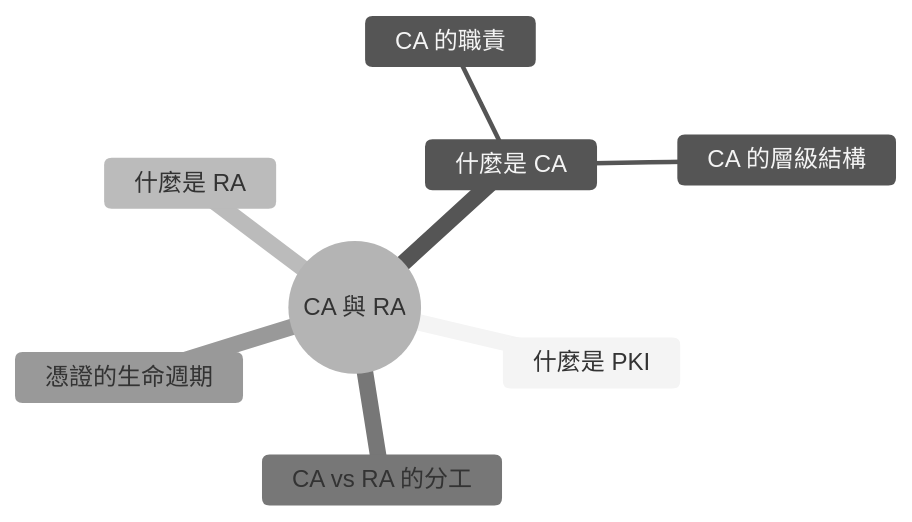
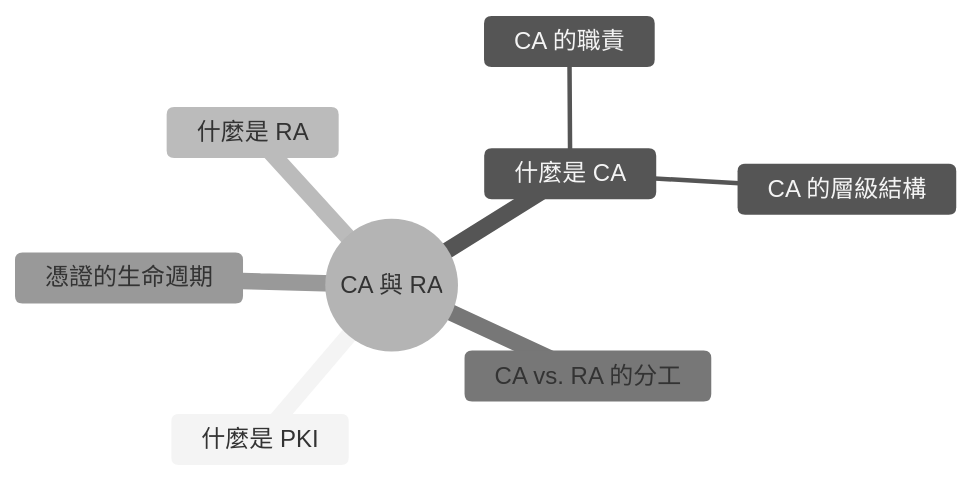
One commit to Charmying/blog changed the first of 4 diagrams in src/posts/zh-TW/network-pki-ca-ra.mdx. Above: the diagram before and after it, drawn with Mermaid (neutral theme). The commit also changed other lines of this file and 40 other files, not shown here.

````diff
--- a/src/posts/zh-TW/network-pki-ca-ra.mdx
+++ b/src/posts/zh-TW/network-pki-ca-ra.mdx
@@ -14,11 +14,11 @@
 ```mermaid
 mindmap
     root((CA 與 RA))
         什麼是 PKI
         什麼是 CA
             CA 的職責
             CA 的層級結構
         什麼是 RA
-        CA vs RA 的分工
+        CA vs. RA 的分工
         憑證的生命週期
 ```
````
